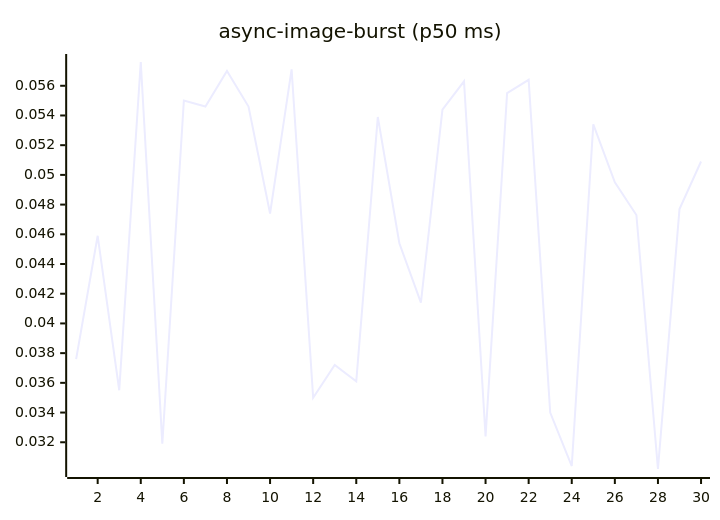
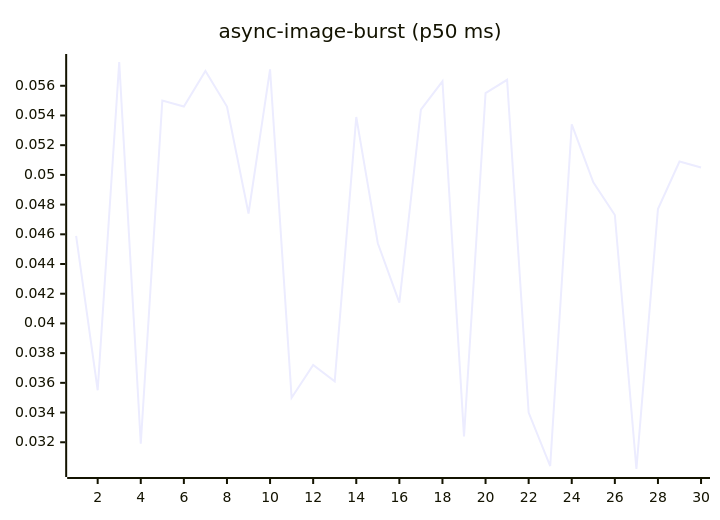
Before and after one commit to josha/Facet: the fourth of 27 diagrams in README.md, drawn with Mermaid. The commit also changed other lines of this file and 2 other files, not shown here.

````diff
--- a/README.md
+++ b/README.md
@@ -84,6 +84,6 @@
 ```mermaid
 xychart-beta
     title "async-image-burst (p50 ms)"
     x-axis 1 --> 30
-    line [0.0376, 0.0459, 0.0355, 0.0576, 0.0319, 0.0550, 0.0546, 0.0570, 0.0546, 0.0474, 0.0571, 0.0350, 0.0372, 0.0361, 0.0539, 0.0454, 0.0414, 0.0544, 0.0563, 0.0324, 0.0555, 0.0564, 0.0340, 0.0304, 0.0534, 0.0495, 0.0473, 0.0302, 0.0477, 0.0509]
+    line [0.0459, 0.0355, 0.0576, 0.0319, 0.0550, 0.0546, 0.0570, 0.0546, 0.0474, 0.0571, 0.0350, 0.0372, 0.0361, 0.0539, 0.0454, 0.0414, 0.0544, 0.0563, 0.0324, 0.0555, 0.0564, 0.0340, 0.0304, 0.0534, 0.0495, 0.0473, 0.0302, 0.0477, 0.0509, 0.0505]
 ```
````
